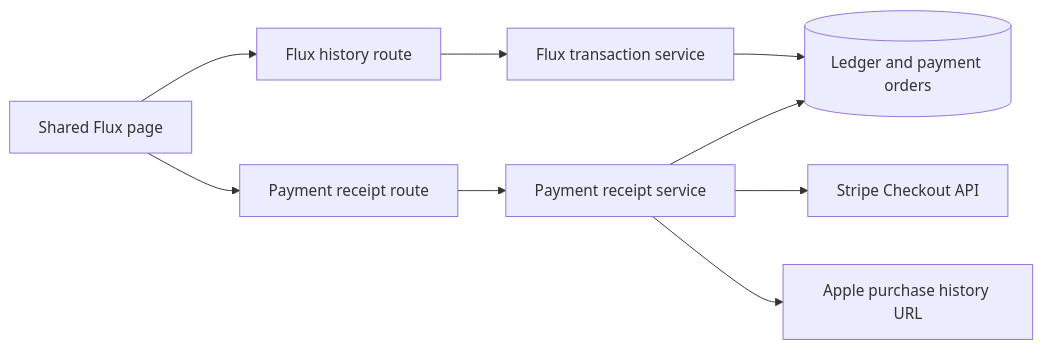
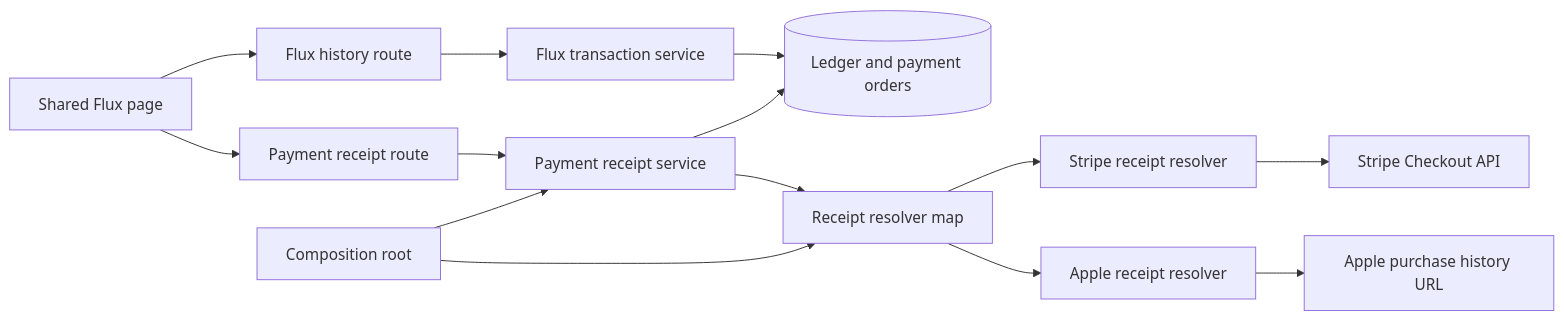
One commit to moeru-ai/airi changed the first of 2 diagrams in server/docs/ai/adr/2026-11-03-topup-order-receipts.md. Above: the diagram before and after it, drawn with Mermaid. The commit also changed other lines of this file and 6 other files, not shown here.

Commit message:
refactor(payment): register receipt resolvers

````diff
--- a/server/docs/ai/adr/2026-11-03-topup-order-receipts.md
+++ b/server/docs/ai/adr/2026-11-03-topup-order-receipts.md
@@ -34,11 +39,16 @@
 ```mermaid
 flowchart LR
   Page[Shared Flux page] --> History[Flux history route]
   History --> Ledger[Flux transaction service]
   Ledger --> DB[(Ledger and payment orders)]
   Page --> Route[Payment receipt route]
   Route --> Receipt[Payment receipt service]
   Receipt --> DB
-  Receipt --> Stripe[Stripe Checkout API]
-  Receipt --> Apple[Apple purchase history URL]
+  App[Composition root] --> Receipt
+  App --> Resolvers[Receipt resolver map]
+  Receipt --> Resolvers
+  Resolvers --> StripeResolver[Stripe receipt resolver]
+  Resolvers --> AppleResolver[Apple receipt resolver]
+  StripeResolver --> Stripe[Stripe Checkout API]
+  AppleResolver --> Apple[Apple purchase history URL]
 ```
````
